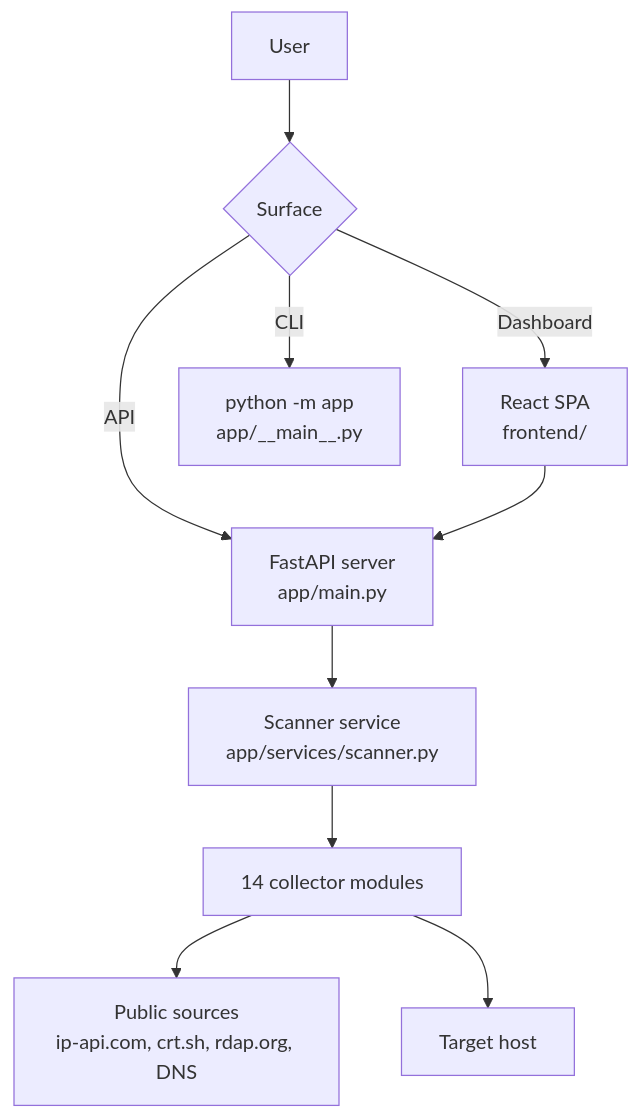
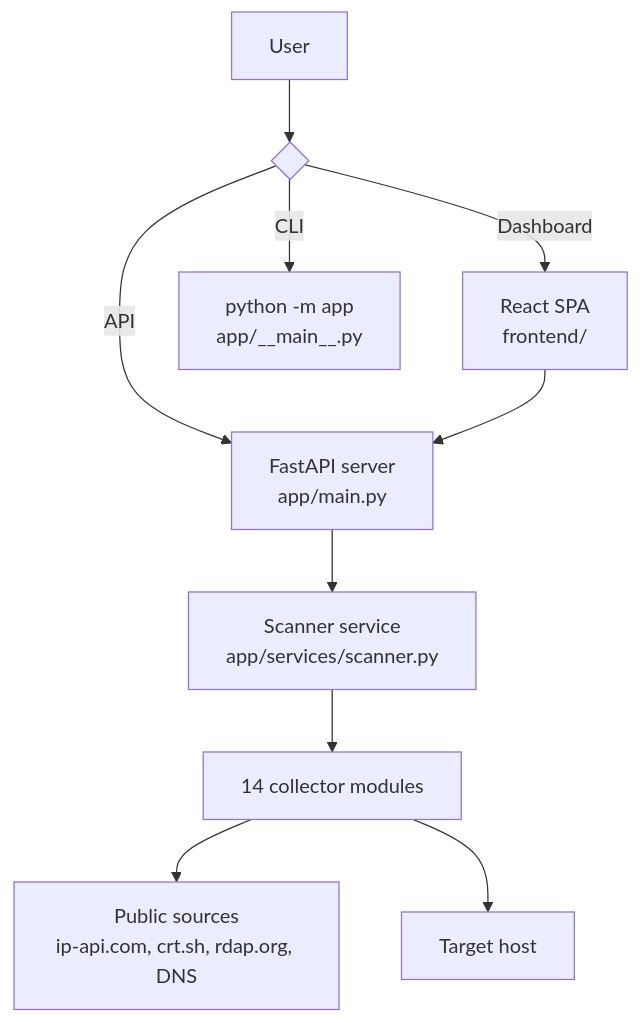
The diagram in README.md (zanesense/geointel), drawn with Mermaid before and after one commit. The commit also changed other lines of this file, not shown here.

Commit message:
Rewrite README: professional layout, badges, architecture diagram, deployment table

````diff
--- a/README.md
+++ b/README.md
@@ -62,12 +59,12 @@
 ```mermaid
 flowchart TD
-    U[User] --> D{Surface}
+    U[User] --> D{" "}
     D -- Dashboard --> R[React SPA<br/>frontend/]
     D -- CLI --> C[python -m app<br/>app/__main__.py]
     D -- API --> F[FastAPI server<br/>app/main.py]
     R --> F
     F --> S[Scanner service<br/>app/services/scanner.py]
     S --> M[14 collector modules]
     M --> P[Public sources<br/>ip-api.com, crt.sh, rdap.org, DNS]
     M --> T[Target host]
 ```
````
